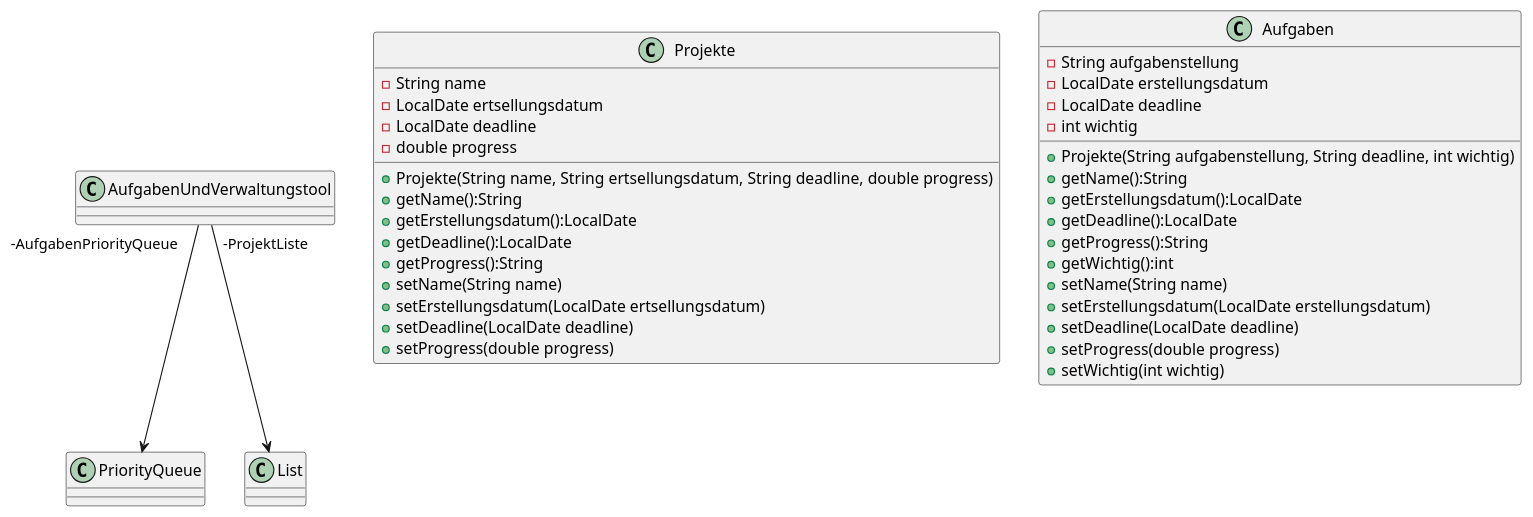
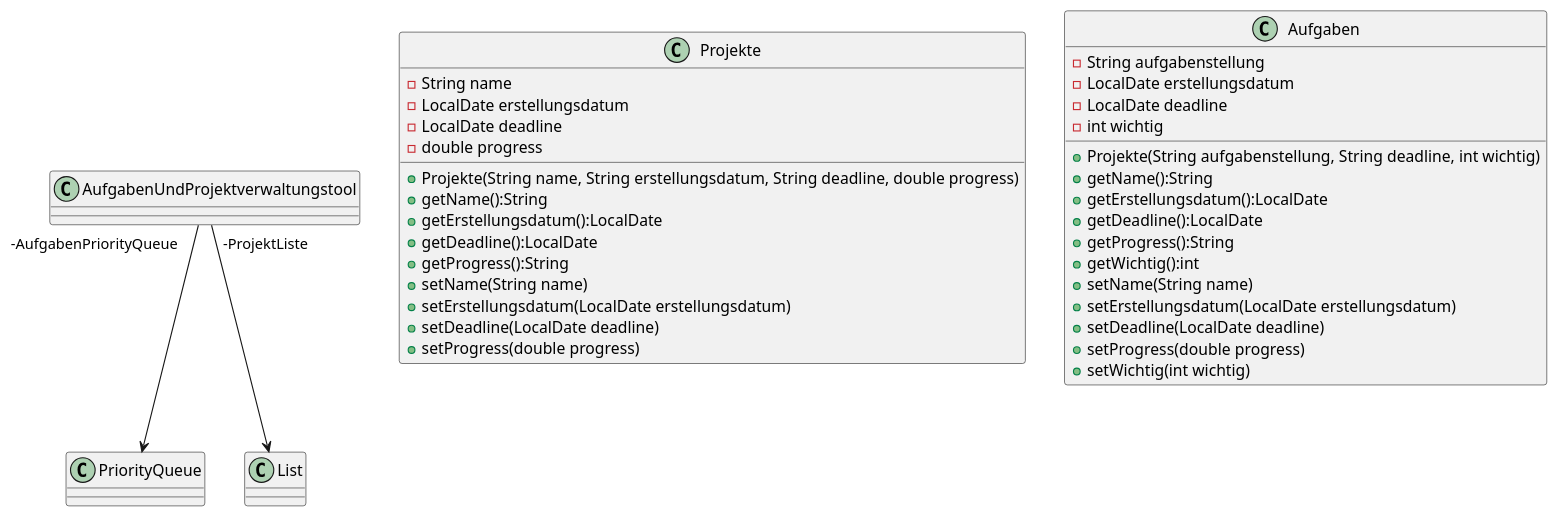
Before and after one commit to rueckertgym/Aufgaben_und_Projektverwaltung_Hannan_Hannah: the diagram in src/UmlDiagram/AufgabenUndProjektverwaltungstool.puml, drawn with PlantUML. The commit also changed 2 other files, not shown here.

Commit message:
Erstellung der Klasse "AufgabenUndProjektverwaltungstool" (noch keine Methoden und Attribute)

```diff
--- a/src/UmlDiagram/AufgabenUndProjektverwaltungstool.puml
+++ b/src/UmlDiagram/AufgabenUndProjektverwaltungstool.puml
@@ -1,51 +1,52 @@
 @startuml
 'https://plantuml.com/class-diagram
 
-class AufgabenUndVerwaltungstool
+class AufgabenUndProjektverwaltungstool
 class Projekte
 class Aufgaben
-class AufgabenUndVerwaltungstool{
+
+class AufgabenUndProjektverwaltungstool{
 
 }
 
 class Projekte{
     -String name
-    -LocalDate ertsellungsdatum
+    -LocalDate erstellungsdatum
     -LocalDate deadline
     -double progress
 
-    +Projekte(String name, String ertsellungsdatum, String deadline, double progress)
+    +Projekte(String name, String erstellungsdatum, String deadline, double progress)
     +getName():String
     +getErstellungsdatum():LocalDate
     +getDeadline():LocalDate
     +getProgress():String
     +setName(String name)
-    +setErstellungsdatum(LocalDate ertsellungsdatum)
+    +setErstellungsdatum(LocalDate erstellungsdatum)
     +setDeadline(LocalDate deadline)
     +setProgress(double progress)
 
 }
 
 class Aufgaben{
     -String aufgabenstellung
     -LocalDate erstellungsdatum
     -LocalDate deadline
     -int wichtig
 
     +Projekte(String aufgabenstellung, String deadline, int wichtig)
     +getName():String
     +getErstellungsdatum():LocalDate
     +getDeadline():LocalDate
     +getProgress():String
     +getWichtig():int
     +setName(String name)
     +setErstellungsdatum(LocalDate erstellungsdatum)
     +setDeadline(LocalDate deadline)
     +setProgress(double progress)
     +setWichtig(int wichtig)
 }
 
 
-AufgabenUndVerwaltungstool "-AufgabenPriorityQueue" --> PriorityQueue
-AufgabenUndVerwaltungstool "-ProjektListe" --> List
+AufgabenUndProjektverwaltungstool "-AufgabenPriorityQueue" --> PriorityQueue
+AufgabenUndProjektverwaltungstool "-ProjektListe" --> List
 @enduml
```
